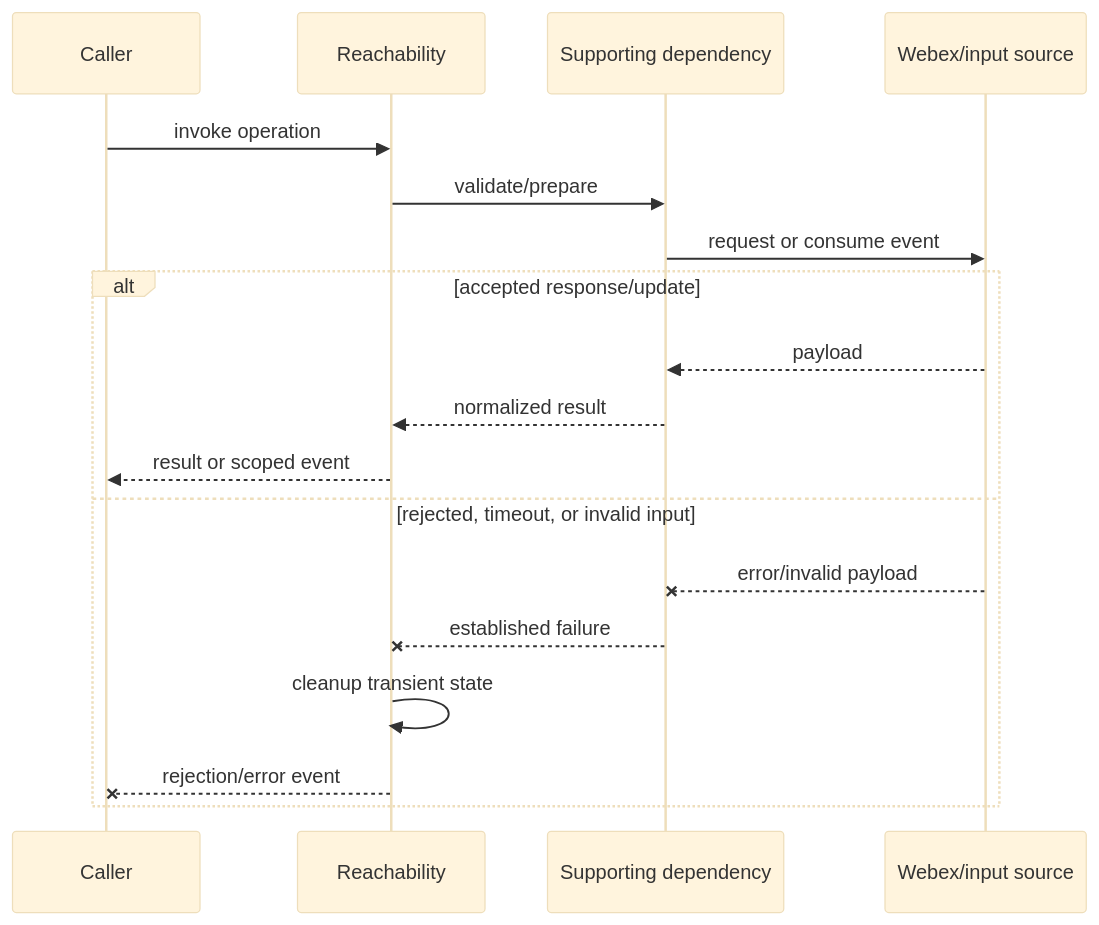
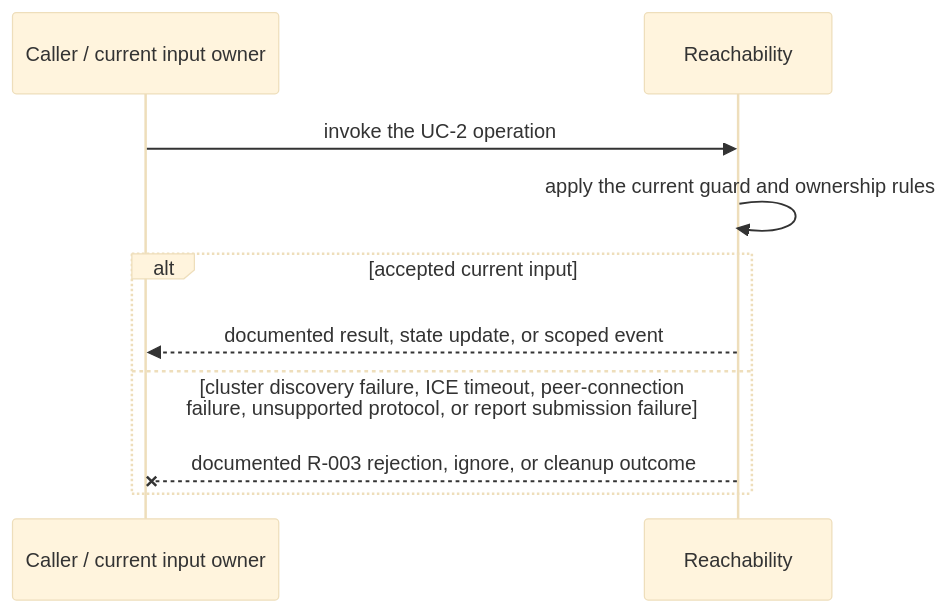
Before and after one commit to webex/webex-js-sdk: the third of 4 diagrams in packages/@webex/plugin-meetings/src/reachability/ai-docs/reachability-spec.md, drawn with Mermaid (base theme). The commit also changed other lines of this file and 26 other files, not shown here.

````diff
--- a/packages/@webex/plugin-meetings/src/reachability/ai-docs/reachability-spec.md
+++ b/packages/@webex/plugin-meetings/src/reachability/ai-docs/reachability-spec.md
@@ -122,20 +149,12 @@
 ```mermaid
 sequenceDiagram
-  participant C as Caller
+  participant C as Caller / current input owner
   participant M as Reachability
-  participant D as Supporting dependency
-  participant W as Webex/input source
-  C->>M: invoke operation
-  M->>D: validate/prepare
-  D->>W: request or consume event
-  alt accepted response/update
-    W-->>D: payload
-    D-->>M: normalized result
-    M-->>C: result or scoped event
-  else rejected, timeout, or invalid input
-    W--xD: error/invalid payload
-    D--xM: established failure
-    M->>M: cleanup transient state
-    M--xC: rejection/error event
+  C->>M: invoke the UC-2 operation
+  M->>M: apply the current guard and ownership rules
+  alt accepted current input
+    M-->>C: documented result, state update, or scoped event
+  else cluster discovery failure, ICE timeout, peer-connection failure, unsupported protocol, or report submission failure
+    M--xC: documented R-003 rejection, ignore, or cleanup outcome
   end
 ```
````
